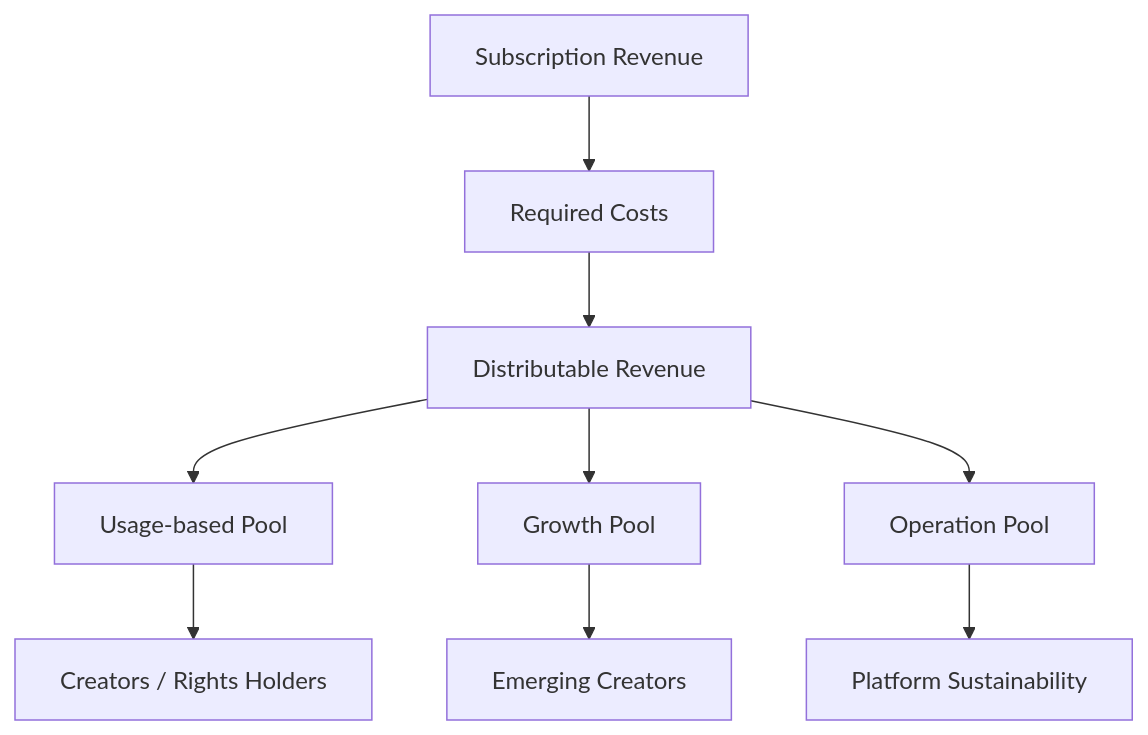
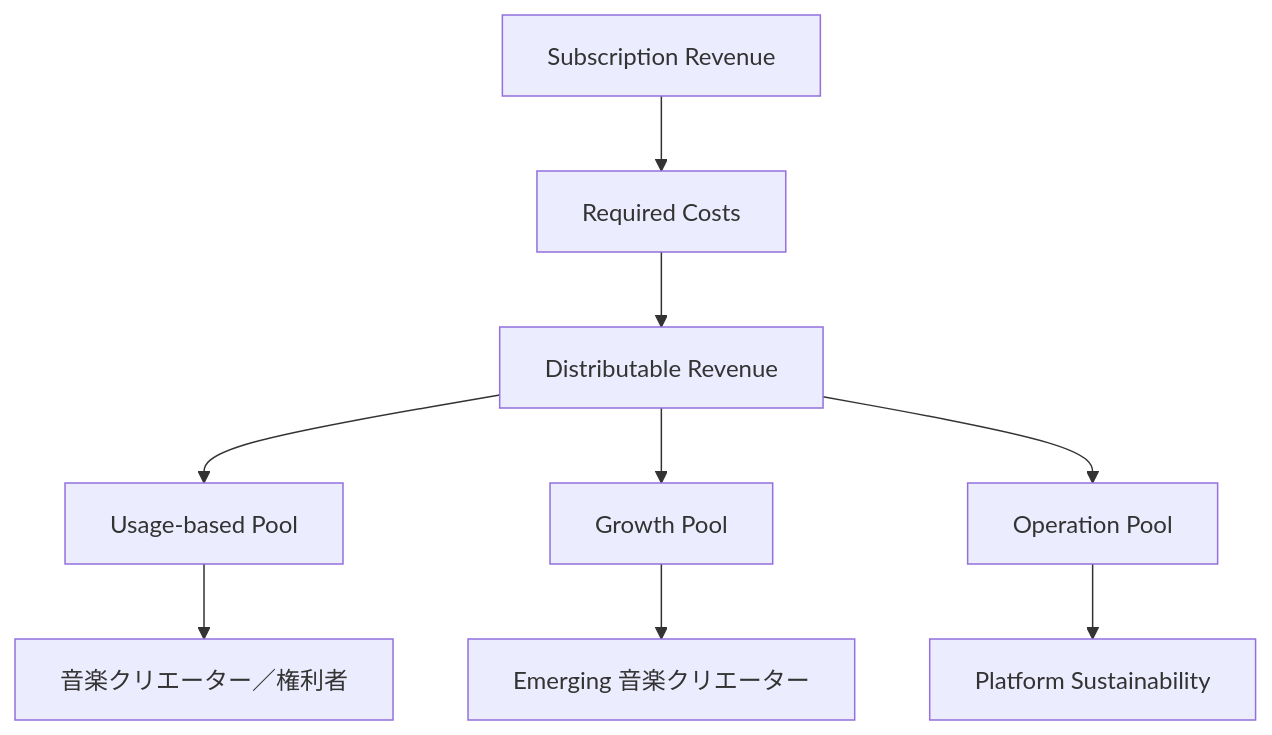
Before and after one commit to ShigeichiroYamasaki/creator-first-platform: the first of 27 diagrams in docs/whitepaper/06-economics-mathjax.md, drawn with Mermaid. The commit also changed other lines of this file and 67 other files, not shown here.

````diff
--- a/docs/whitepaper/06-economics-mathjax.md
+++ b/docs/whitepaper/06-economics-mathjax.md
@@ -30,14 +30,14 @@
 ```mermaid
 flowchart TD
     SUB[Subscription Revenue]
     SUB --> COST[Required Costs]
     COST --> NET[Distributable Revenue]
 
     NET --> U[Usage-based Pool]
     NET --> G[Growth Pool]
     NET --> O[Operation Pool]
 
-    U --> CREATOR[Creators / Rights Holders]
-    G --> EMERGING[Emerging Creators]
+    U --> CREATOR[音楽クリエーター／権利者]
+    G --> EMERGING[Emerging 音楽クリエーター]
     O --> PLATFORM[Platform Sustainability]
 ```
````
